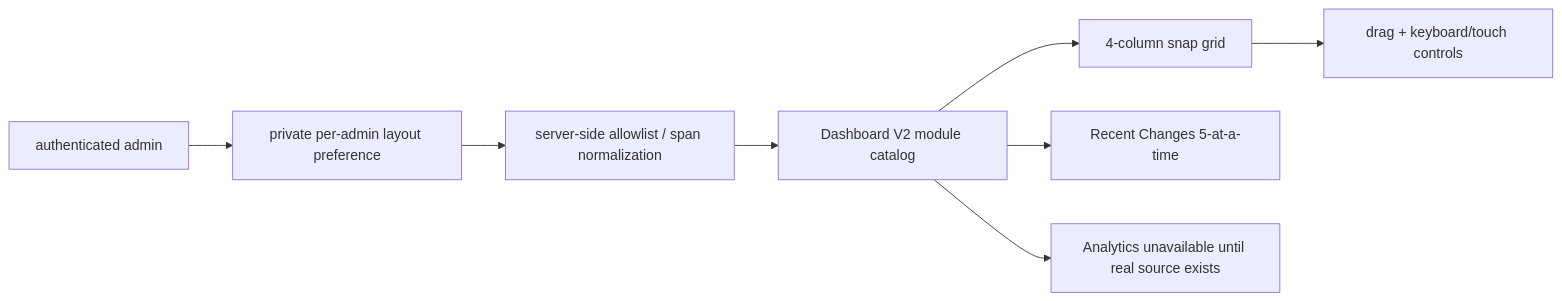
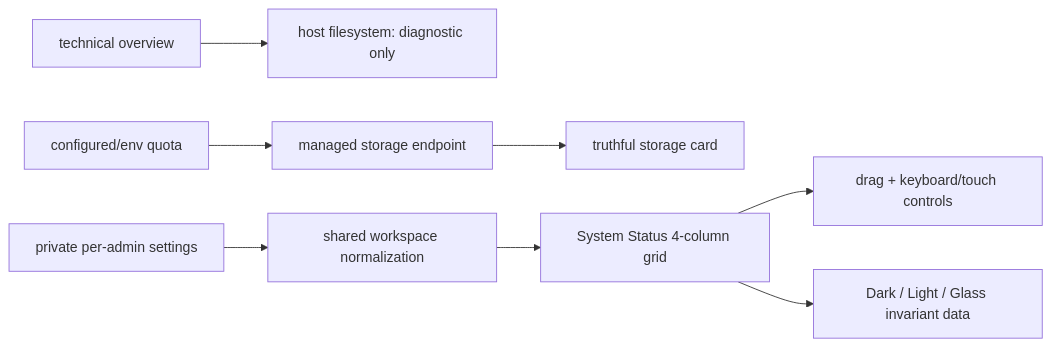
One commit to pl0n3r/brvtal changed the diagram in README.md. Above: the diagram before and after it, drawn with Mermaid. The commit also changed other lines of this file and 12 other files, not shown here.

First line of the commit message:
feat(system-status): truthful configurable workspace (v0.1.65)

````diff
--- a/README.md
+++ b/README.md
@@ -45,10 +45,10 @@
 ```mermaid
 flowchart LR
-  A["authenticated admin"] --> P["private per-admin layout preference"]
-  P --> N["server-side allowlist / span normalization"]
-  N --> D["Dashboard V2 module catalog"]
-  D --> G["4-column snap grid"]
+  T["technical overview"] --> D["host filesystem: diagnostic only"]
+  Q["configured/env quota"] --> S["managed storage endpoint"]
+  S --> U["truthful storage card"]
+  P["private per-admin settings"] --> N["shared workspace normalization"]
+  N --> G["System Status 4-column grid"]
   G --> C["drag + keyboard/touch controls"]
-  D --> F["Recent Changes 5-at-a-time"]
-  D --> X["Analytics unavailable until real source exists"]
+  G --> A["Dark / Light / Glass invariant data"]
 ```
````
